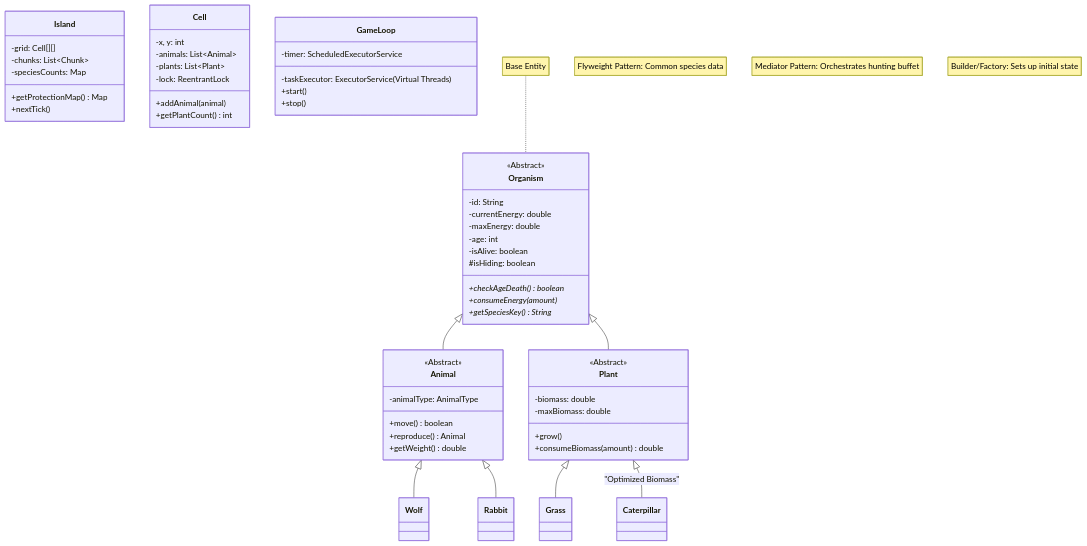
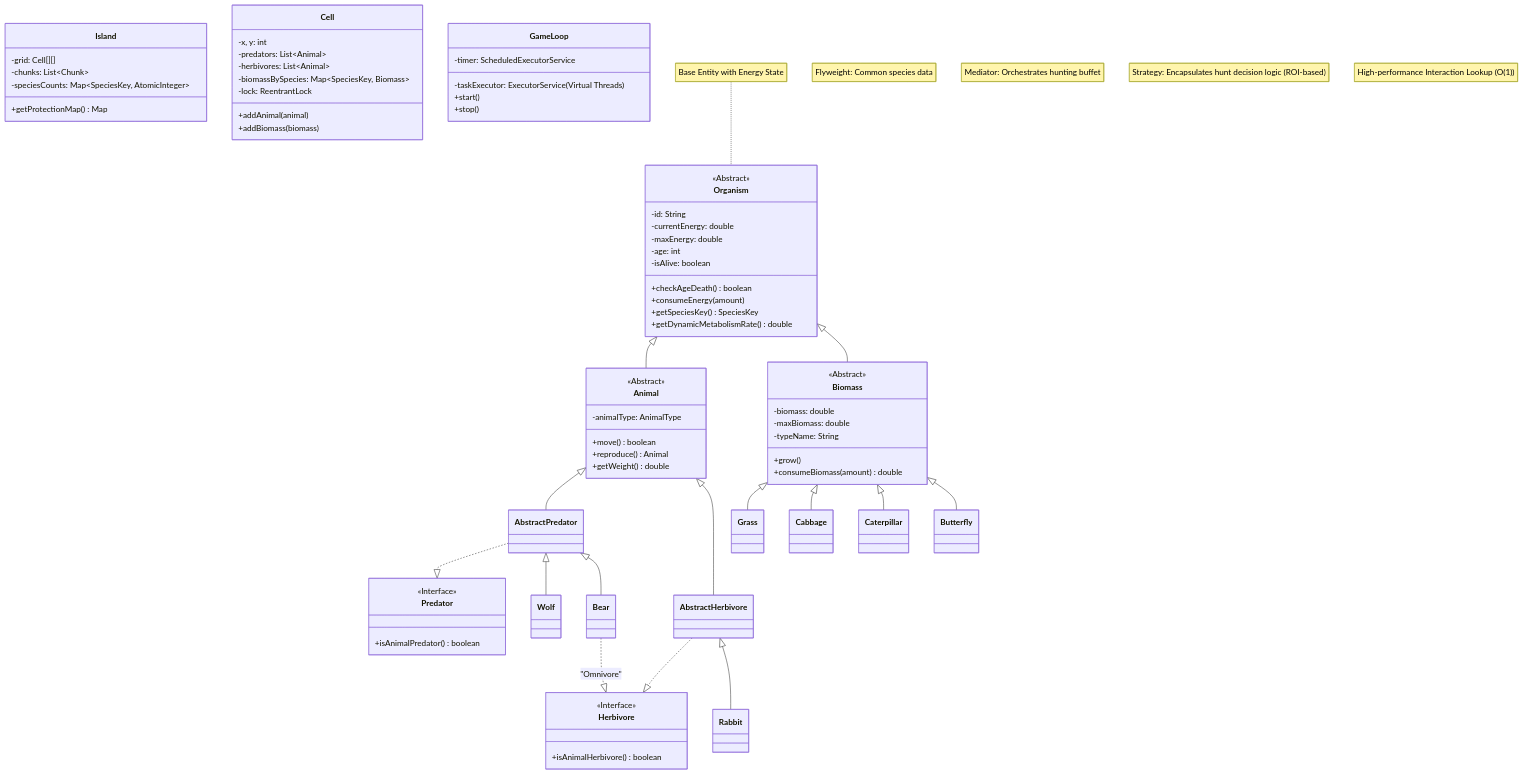
The diagram in UML.md (ursusandwolf/alex.kov.island), drawn with Mermaid before and after one commit. The commit also changed other lines of this file and 95 other files, not shown here.

First line of the commit message:
refactor: transition to Data-Driven architecture and OCP mastery (PR #17)

````diff
--- a/UML.md
+++ b/UML.md
@@ -12,10 +12,10 @@
         -maxEnergy: double
         -age: int
         -isAlive: boolean
-        #isHiding: boolean
-        +checkAgeDeath()* boolean
-        +consumeEnergy(amount)*
-        +getSpeciesKey()* String
+        +checkAgeDeath() boolean
+        +consumeEnergy(amount)
+        +getSpeciesKey() SpeciesKey
+        +getDynamicMetabolismRate() double
     }
 
     class Animal {
@@ -26,38 +26,61 @@
         +getWeight() double
     }
 
-    class Plant {
+    class Biomass {
         <<Abstract>>
         -biomass: double
         -maxBiomass: double
+        -typeName: String
         +grow()
         +consumeBiomass(amount) double
     }
 
-    %% Relationships
+    %% Hierarchy and Interfaces
+    class Predator {
+        <<Interface>>
+        +isAnimalPredator() boolean
+    }
+    class Herbivore {
+        <<Interface>>
+        +isAnimalHerbivore() boolean
+    }
+
     Organism <|-- Animal
-    Organism <|-- Plant
-    Animal <|-- Wolf
-    Animal <|-- Rabbit
-    Plant <|-- Grass
-    Plant <|-- Caterpillar : "Optimized Biomass"
+    Organism <|-- Biomass
+    
+    Animal <|-- AbstractPredator
+    Animal <|-- AbstractHerbivore
+    
+    AbstractPredator ..|> Predator
+    AbstractHerbivore ..|> Herbivore
+    
+    AbstractPredator <|-- Wolf
+    AbstractPredator <|-- Bear
+    Bear ..|> Herbivore : "Omnivore"
+    
+    AbstractHerbivore <|-- Rabbit
+
+    Biomass <|-- Grass
+    Biomass <|-- Cabbage
+    Biomass <|-- Caterpillar
+    Biomass <|-- Butterfly
 
     %% Model and Engine
     class Island {
         -grid: Cell[][]
         -chunks: List~Chunk~
-        -speciesCounts: Map
+        -speciesCounts: Map~SpeciesKey, AtomicInteger~
         +getProtectionMap() Map
-        +nextTick()
     }
 
     class Cell {
         -x, y: int
-        -animals: List~Animal~
-        -plants: List~Plant~
+        -predators: List~Animal~
+        -herbivores: List~Animal~
+        -biomassBySpecies: Map~SpeciesKey, Biomass~
         -lock: ReentrantLock
         +addAnimal(animal)
-        +getPlantCount() int
+        +addBiomass(biomass)
     }
 
     class GameLoop {
@@ -68,8 +91,9 @@
     }
 
     %% Design Patterns
-    note for Organism "Base Entity"
-    note for AnimalType "Flyweight Pattern: Common species data"
-    note for PreyProvider "Mediator Pattern: Orchestrates hunting buffet"
-    note for WorldInitializer "Builder/Factory: Sets up initial state"
+    note for Organism "Base Entity with Energy State"
+    note for AnimalType "Flyweight: Common species data"
+    note for PreyProvider "Mediator: Orchestrates hunting buffet"
+    note for HuntingStrategy "Strategy: Encapsulates hunt decision logic (ROI-based)"
+    note for InteractionMatrix "High-performance Interaction Lookup (O(1))"
 ```
````
